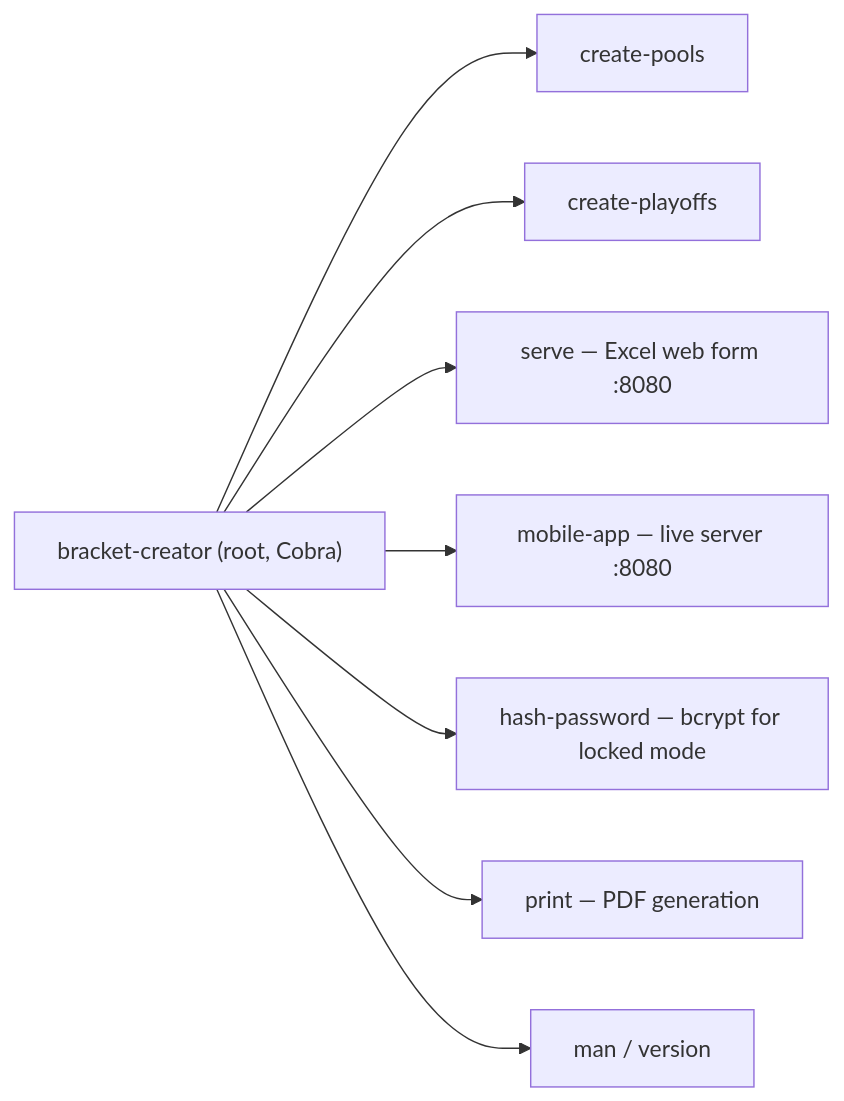
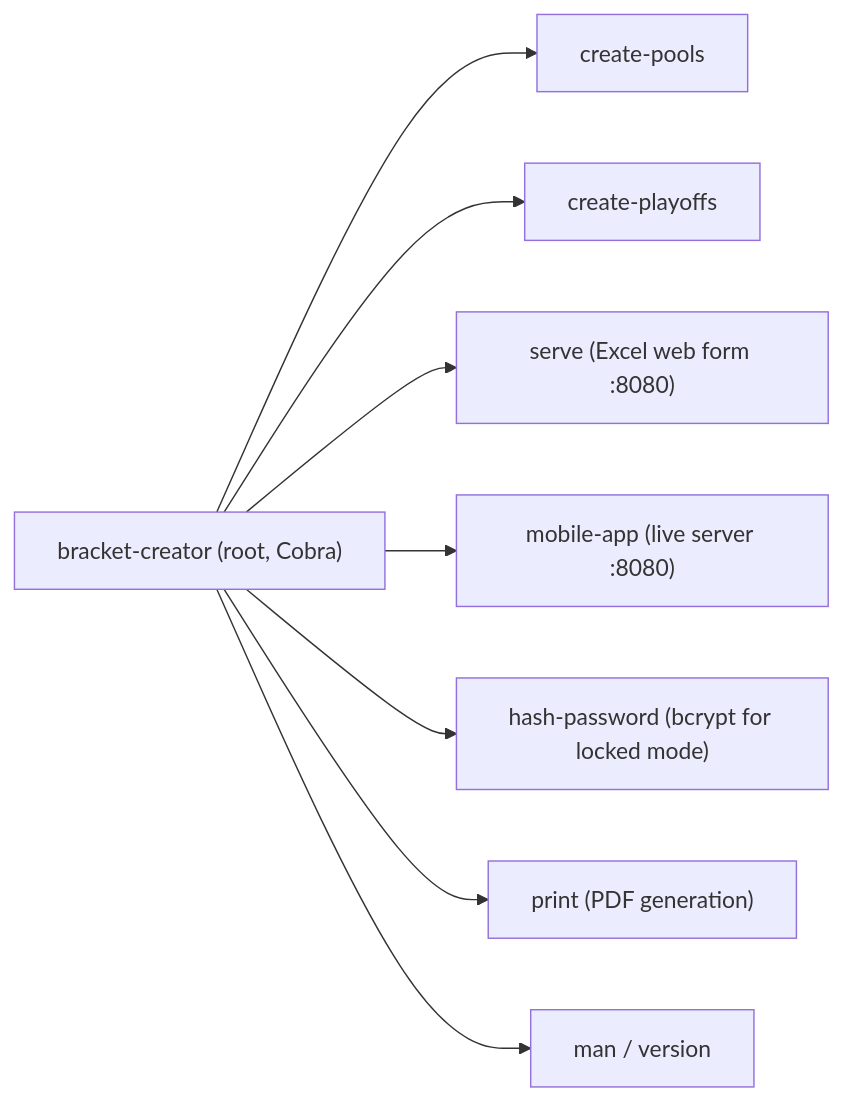
One commit to gitrgoliveira/bracket-creator changed the second of 7 diagrams in docs/architecture/software-architecture.md. Above: the diagram before and after it, drawn with Mermaid. The commit also changed other lines of this file and 18 other files, not shown here.

````diff
--- a/docs/architecture/software-architecture.md
+++ b/docs/architecture/software-architecture.md
@@ -41,11 +41,11 @@
 ```mermaid
 flowchart LR
     root["bracket-creator (root, Cobra)"]
     root --> cp["create-pools"]
     root --> cpp["create-playoffs"]
-    root --> srv["serve — Excel web form :8080"]
-    root --> ma["mobile-app — live server :8080"]
-    root --> hp["hash-password — bcrypt for locked mode"]
-    root --> pr["print — PDF generation"]
+    root --> srv["serve (Excel web form :8080)"]
+    root --> ma["mobile-app (live server :8080)"]
+    root --> hp["hash-password (bcrypt for locked mode)"]
+    root --> pr["print (PDF generation)"]
     root --> mn["man / version"]
 ```
````
